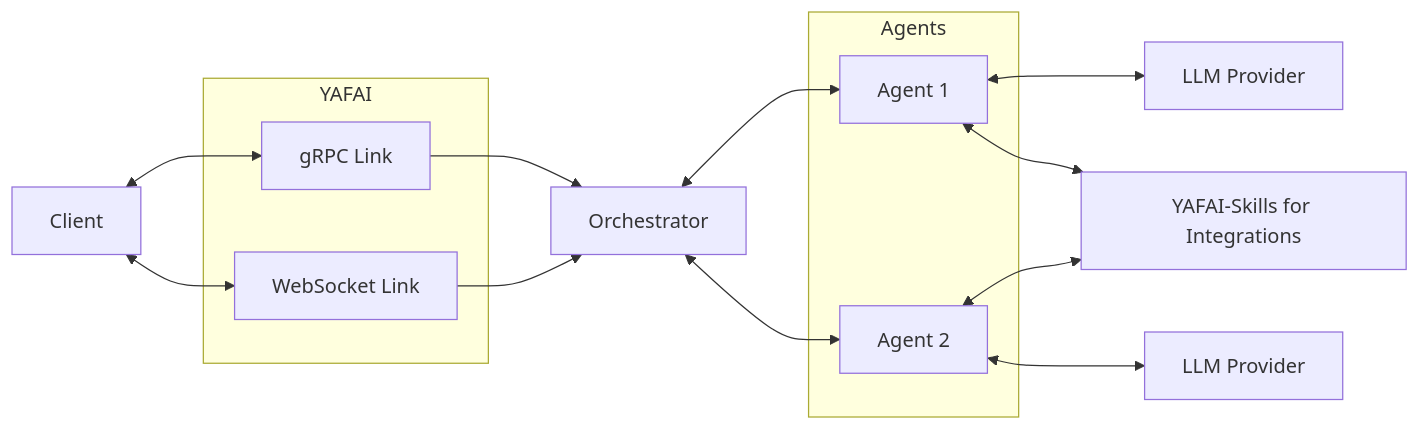
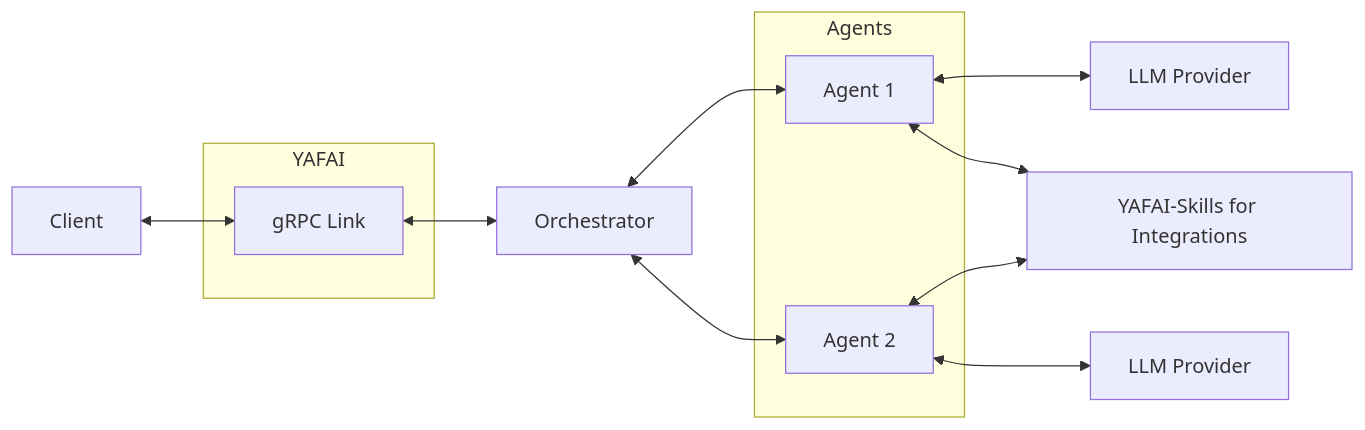
One commit to YAFAI-Hub/docs changed the diagram in index.mdx. Above: the diagram before and after it, drawn with Mermaid. The commit also changed other lines of this file and 20 other files, not shown here.

````diff
--- a/index.mdx
+++ b/index.mdx
@@ -45,28 +45,26 @@
 ```mermaid
 flowchart LR
     X[Client] 
     
     X <--> C[gRPC Link]
-    X <--> D[WebSocket Link]
 
-    C & D --> E[Orchestrator]
+    C <--> E[Orchestrator]
 
     E <--> F[Agent 1]
     E <--> G[Agent 2]
 
     F <--> H1[LLM Provider]
     F <--> I2[YAFAI-SKills for Integrations]
 
     G <--> H2[LLM Provider]
     G <--> I2[YAFAI-Skills for Integrations]
 
     subgraph YAFAI
         C
-        D
     end
 
     subgraph Agents
         F
         G
     end
 ```
````
